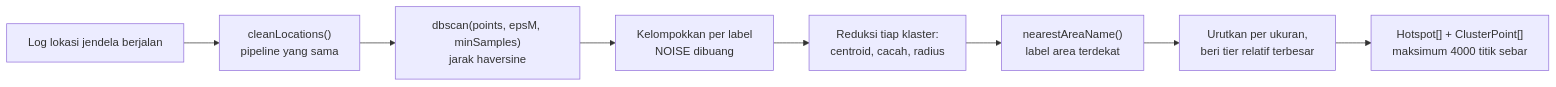
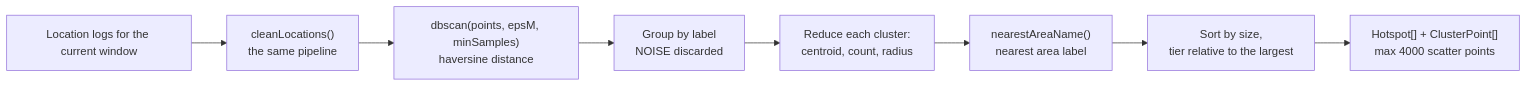
One commit to Hitchgernn/heatmap-dashboard changed the sixth of 8 diagrams in docs/BLUEPRINT.md. Above: the diagram before and after it, drawn with Mermaid. The commit also changed other lines of this file and 11 other files, not shown here.

````diff
--- a/docs/BLUEPRINT.md
+++ b/docs/BLUEPRINT.md
@@ -608,13 +591,13 @@
 ```mermaid
 flowchart LR
-    A["Log lokasi jendela berjalan"]
-    B["cleanLocations()<br/>pipeline yang sama"]
-    C["dbscan(points, epsM, minSamples)<br/>jarak haversine"]
-    D["Kelompokkan per label<br/>NOISE dibuang"]
-    E["Reduksi tiap klaster:<br/>centroid, cacah, radius"]
-    F["nearestAreaName()<br/>label area terdekat"]
-    G["Urutkan per ukuran,<br/>beri tier relatif terbesar"]
-    H["Hotspot[] + ClusterPoint[]<br/>maksimum 4000 titik sebar"]
+    A["Location logs for the current window"]
+    B["cleanLocations()<br/>the same pipeline"]
+    C["dbscan(points, epsM, minSamples)<br/>haversine distance"]
+    D["Group by label<br/>NOISE discarded"]
+    E["Reduce each cluster:<br/>centroid, count, radius"]
+    F["nearestAreaName()<br/>nearest area label"]
+    G["Sort by size,<br/>tier relative to the largest"]
+    H["Hotspot[] + ClusterPoint[]<br/>max 4000 scatter points"]
 
     A --> B --> C --> D --> E --> F --> G --> H
 ```
````
